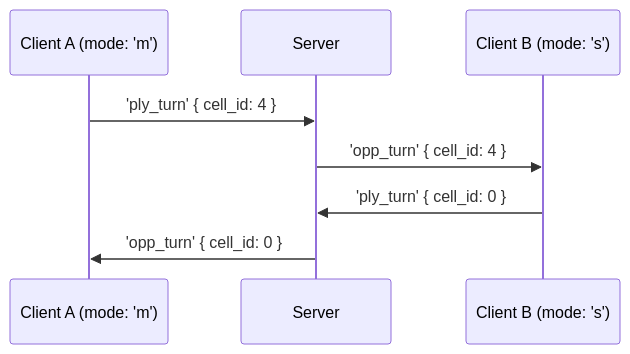
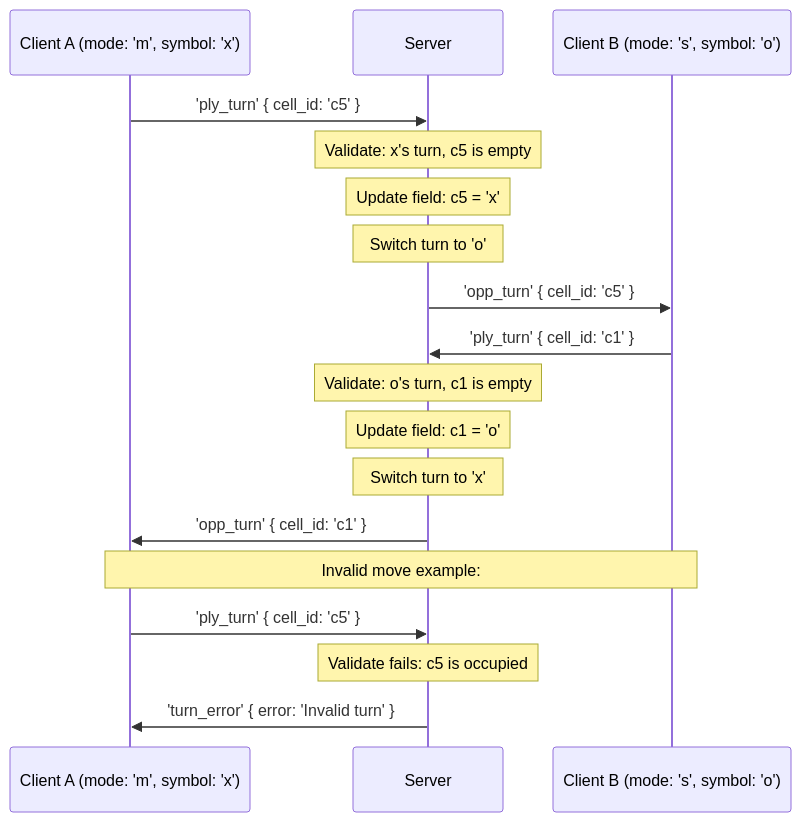
The third of 5 diagrams in WS/README.md (dmitriylogunov/X-ttt), drawn with Mermaid before and after one commit. The commit also changed other lines of this file and 6 other files, not shown here.

````diff
--- a/WS/README.md
+++ b/WS/README.md
@@ -216,12 +250,23 @@
 ```mermaid
 sequenceDiagram
-    participant A as Client A (mode: 'm')
+    participant A as Client A (mode: 'm', symbol: 'x')
     participant S as Server
-    participant B as Client B (mode: 's')
+    participant B as Client B (mode: 's', symbol: 'o')
 
-    A->>S: 'ply_turn' { cell_id: 4 }
-    S->>B: 'opp_turn' { cell_id: 4 }
+    A->>S: 'ply_turn' { cell_id: 'c5' }
+    Note over S: Validate: x's turn, c5 is empty
+    Note over S: Update field: c5 = 'x'
+    Note over S: Switch turn to 'o'
+    S->>B: 'opp_turn' { cell_id: 'c5' }
 
-    B->>S: 'ply_turn' { cell_id: 0 }
-    S->>A: 'opp_turn' { cell_id: 0 }
+    B->>S: 'ply_turn' { cell_id: 'c1' }
+    Note over S: Validate: o's turn, c1 is empty
+    Note over S: Update field: c1 = 'o'
+    Note over S: Switch turn to 'x'
+    S->>A: 'opp_turn' { cell_id: 'c1' }
+
+    Note over A,B: Invalid move example:
+    A->>S: 'ply_turn' { cell_id: 'c5' }
+    Note over S: Validate fails: c5 is occupied
+    S->>A: 'turn_error' { error: 'Invalid turn' }
 ```
````
